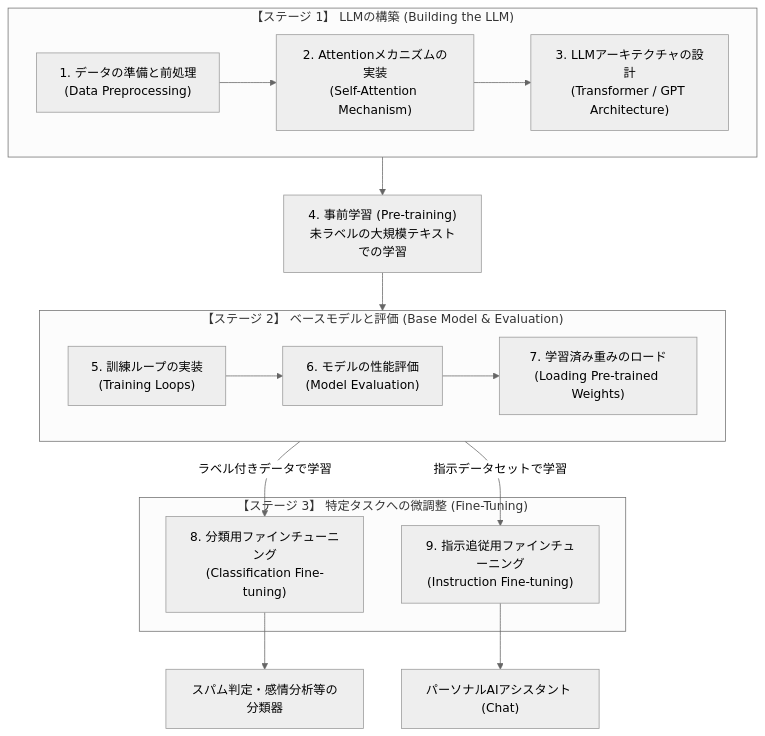
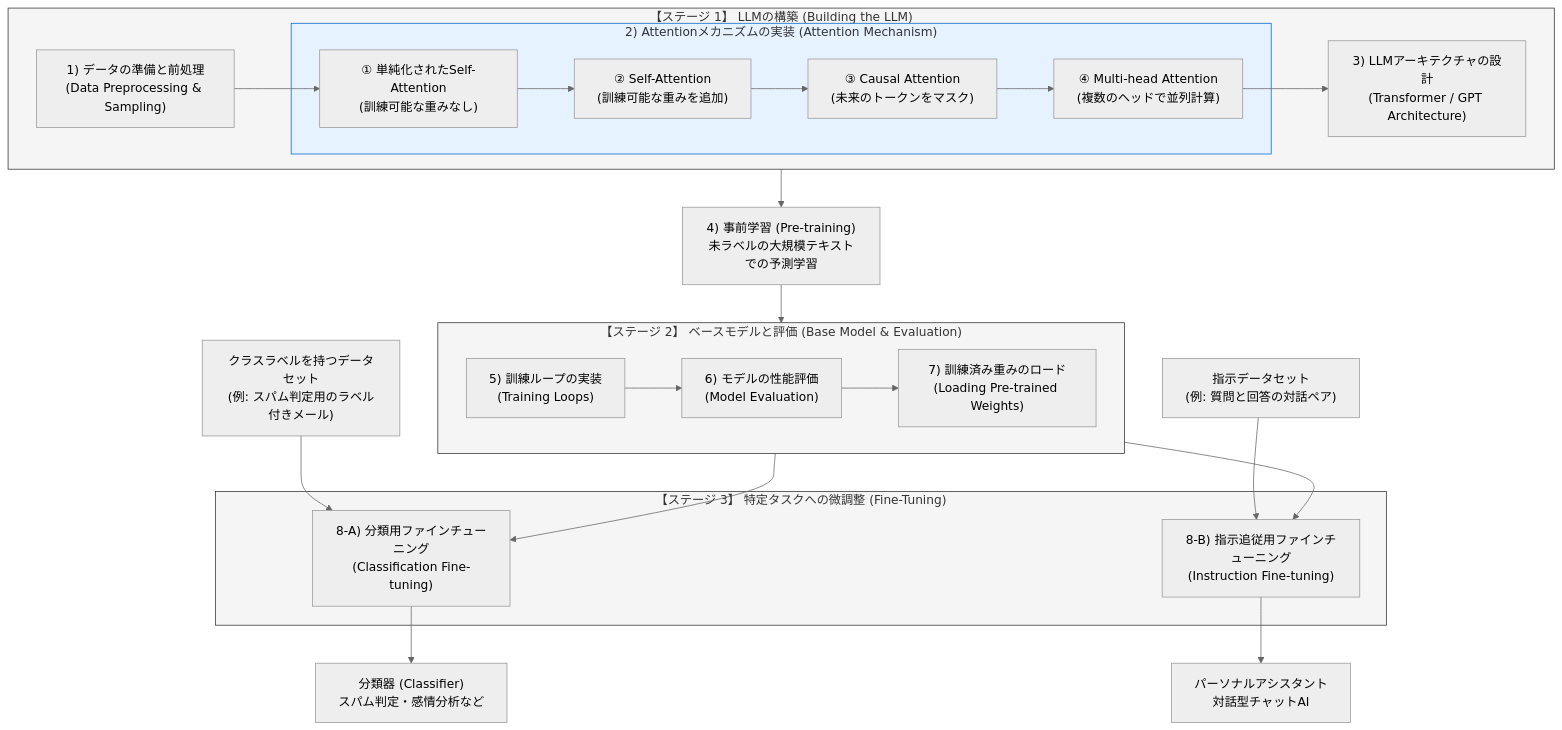
Before and after one commit to ohban730/python-learn: the diagram in pytorch-llm/llm_development_stages.md, drawn with Mermaid (neutral theme). The commit also changed other lines of this file and 5 other files, not shown here.

Commit message:
Add Attention basics guide, subfolder navigation, and detailed LLM roadmap

````diff
--- a/pytorch-llm/llm_development_stages.md
+++ b/pytorch-llm/llm_development_stages.md
@@ -12,43 +13,66 @@
 ```mermaid
 graph TD
     %% ステージ1
     subgraph Stage1["【ステージ 1】 LLMの構築 (Building the LLM)"]
-        S1_1["1. データの準備と前処理<br>(Data Preprocessing)"]
-        S1_2["2. Attentionメカニズムの実装<br>(Self-Attention Mechanism)"]
-        S1_3["3. LLMアーキテクチャの設計<br>(Transformer / GPT Architecture)"]
+        S1_1["1) データの準備と前処理<br>(Data Preprocessing & Sampling)"]
         
-        S1_1 --> S1_2 --> S1_3
+        %% アテンションの進化
+        subgraph AttnFlow["2) Attentionメカニズムの実装 (Attention Mechanism)"]
+            A1["① 単純化されたSelf-Attention<br>(訓練可能な重みなし)"]
+            A2["② Self-Attention<br>(訓練可能な重みを追加)"]
+            A3["③ Causal Attention<br>(未来のトークンをマスク)"]
+            A4["④ Multi-head Attention<br>(複数のヘッドで並列計算)"]
+            
+            A1 --> A2 --> A3 --> A4
+        end
+        
+        S1_3["3) LLMアーキテクチャの設計<br>(Transformer / GPT Architecture)"]
+        
+        S1_1 --> A1
+        A4 --> S1_3
     end
 
     %% 事前学習
-    Pretraining["4. 事前学習 (Pre-training)<br>未ラベルの大規模テキストでの学習"]
+    Pretraining["4) 事前学習 (Pre-training)<br>未ラベルの大規模テキストでの予測学習"]
 
     %% ステージ2
     subgraph Stage2["【ステージ 2】 ベースモデルと評価 (Base Model & Evaluation)"]
-        S2_1["5. 訓練ループの実装<br>(Training Loops)"]
-        S2_2["6. モデルの性能評価<br>(Model Evaluation)"]
-        S2_3["7. 学習済み重みのロード<br>(Loading Pre-trained Weights)"]
+        S2_1["5) 訓練ループの実装<br>(Training Loops)"]
+        S2_2["6) モデルの性能評価<br>(Model Evaluation)"]
+        S2_3["7) 訓練済み重みのロード<br>(Loading Pre-trained Weights)"]
         
         S2_1 --> S2_2 --> S2_3
     end
 
     %% ステージ3
     subgraph Stage3["【ステージ 3】 特定タスクへの微調整 (Fine-Tuning)"]
-        S3_1["8. 分類用ファインチューニング<br>(Classification Fine-tuning)"]
-        S3_2["9. 指示追従用ファインチューニング<br>(Instruction Fine-tuning)"]
+        S3_1["8-A) 分類用ファインチューニング<br>(Classification Fine-tuning)"]
+        S3_2["8-B) 指示追従用ファインチューニング<br>(Instruction Fine-tuning)"]
     end
     
+    %% 外部データセット
+    Dataset_Class["クラスラベルを持つデータセット<br>(例: スパム判定用のラベル付きメール)"]
+    Dataset_Instr["指示データセット<br>(例: 質問と回答の対話ペア)"]
+    
     %% 最終プロダクト
-    Classifier["スパム判定・感情分析等の分類器"]
-    Assistant["パーソナルAIアシスタント (Chat)"]
+    Classifier["分類器 (Classifier)<br>スパム判定・感情分析など"]
+    Assistant["パーソナルアシスタント<br>対話型チャットAI"]
 
     %% 接続関係
     Stage1 --> Pretraining
     Pretraining --> Stage2
     
-    Stage2 --> |ラベル付きデータで学習| S3_1
-    Stage2 --> |指示データセットで学習| S3_2
+    Stage2 --> S3_1
+    Stage2 --> S3_2
+    
+    Dataset_Class --> S3_1
+    Dataset_Instr --> S3_2
     
     S3_1 --> Classifier
     S3_2 --> Assistant
+
+    style Stage1 fill:#f5f5f5,stroke:#333
+    style Stage2 fill:#f5f5f5,stroke:#333
+    style Stage3 fill:#f5f5f5,stroke:#333
+    style AttnFlow fill:#e6f2ff,stroke:#0066cc,stroke-width:1px
 ```
````
